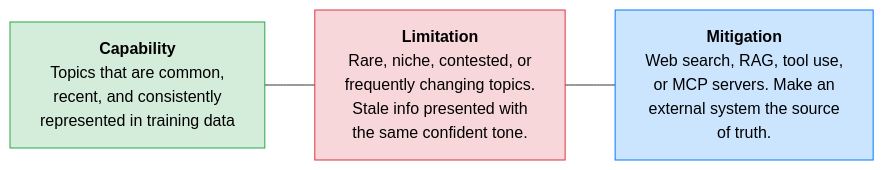
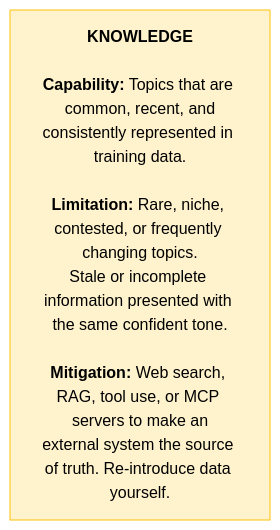
The third of 7 diagrams in Professional/01-Claude-Platform-and-Solution-Design/01-How-Claude-Behaves.md (shreyabaid007/Claude-Certified-Architect), drawn with Mermaid before and after one commit. The commit also changed other lines of this file and 1 other file, not shown here.

First line of the commit message:
Standardize to two-color palette across all study diagrams

````diff
--- a/Professional/01-Claude-Platform-and-Solution-Design/01-How-Claude-Behaves.md
+++ b/Professional/01-Claude-Platform-and-Solution-Design/01-How-Claude-Behaves.md
@@ -50,8 +45,6 @@
 ```mermaid
-flowchart LR
-    classDef green fill:#d4edda,stroke:#28a745,color:#000
-    classDef red fill:#f8d7da,stroke:#dc3545,color:#000
-    classDef blue fill:#cce5ff,stroke:#007bff,color:#000
+flowchart TD
+    classDef concept fill:#fff3cd,stroke:#ffc107,color:#000
 
-    C["<b>Capability</b><br/>Topics that are common,<br/>recent, and consistently<br/>represented in training data"]:::green --- L["<b>Limitation</b><br/>Rare, niche, contested, or<br/>frequently changing topics.<br/>Stale info presented with<br/>the same confident tone."]:::red --- M["<b>Mitigation</b><br/>Web search, RAG, tool use,<br/>or MCP servers. Make an<br/>external system the source<br/>of truth."]:::blue
+    K["<b>KNOWLEDGE</b><br/><br/><b>Capability:</b> Topics that are common, recent, and<br/>consistently represented in training data.<br/><br/><b>Limitation:</b> Rare, niche, contested, or frequently changing topics.<br/>Stale or incomplete information presented with the same confident tone.<br/><br/><b>Mitigation:</b> Web search, RAG, tool use, or MCP servers to make an<br/>external system the source of truth. Re-introduce data yourself."]:::concept
 ```
````
